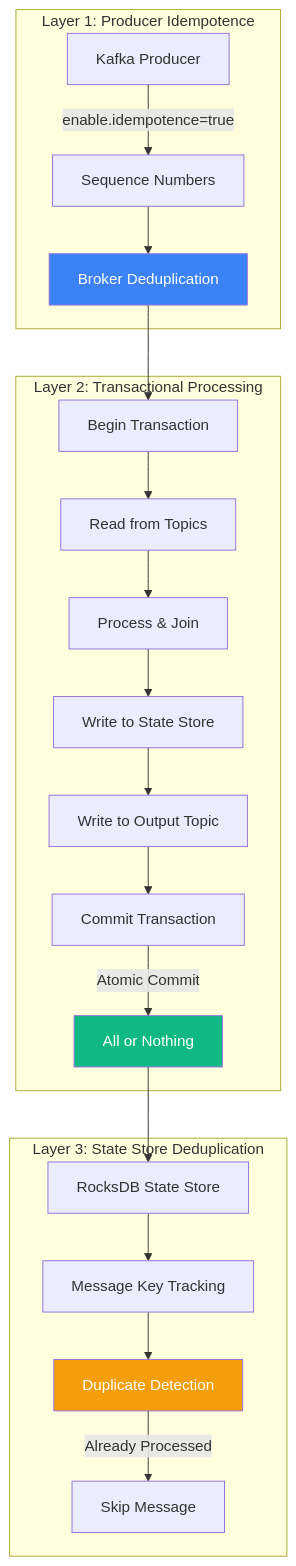
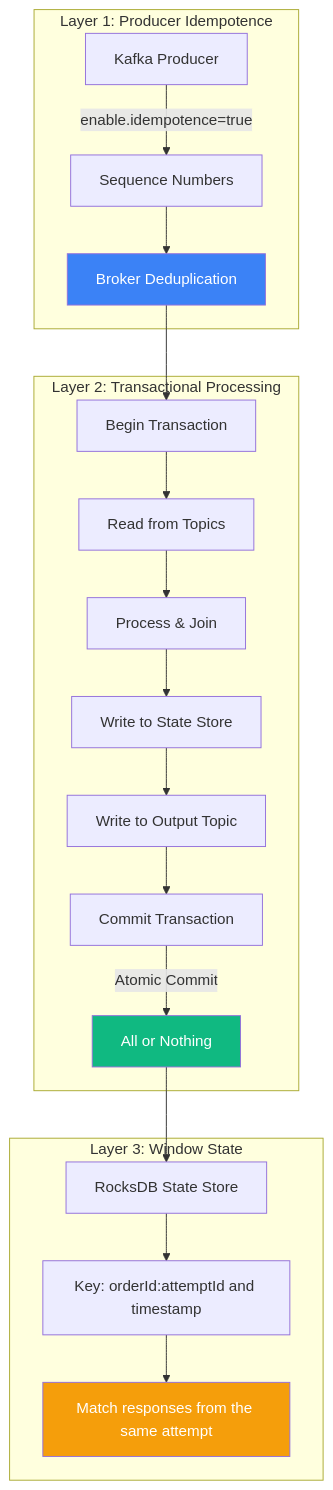
Before and after one commit to rajadilipkolli/spring-boot-microservices-series-v2: the first of 10 diagrams in order-service/docs/06-Saga-Confusion-Points-Clarified.md, drawn with Mermaid. The commit also changed other lines of this file and 51 other files, not shown here.

````diff
--- a/order-service/docs/06-Saga-Confusion-Points-Clarified.md
+++ b/order-service/docs/06-Saga-Confusion-Points-Clarified.md
@@ -34,29 +34,28 @@
 ```mermaid
 graph TB
     subgraph "Layer 1: Producer Idempotence"
         P1[Kafka Producer] --> |"enable.idempotence=true"| P2[Sequence Numbers]
         P2 --> P3[Broker Deduplication]
     end
     
     subgraph "Layer 2: Transactional Processing"
         T1[Begin Transaction] --> T2[Read from Topics]
         T2 --> T3[Process & Join]
         T3 --> T4[Write to State Store]
         T4 --> T5[Write to Output Topic]
         T5 --> T6[Commit Transaction]
         T6 --> |"Atomic Commit"| T7[All or Nothing]
     end
     
-    subgraph "Layer 3: State Store Deduplication"
-        S1[RocksDB State Store] --> S2[Message Key Tracking]
-        S2 --> S3[Duplicate Detection]
-        S3 --> |"Already Processed"| S4[Skip Message]
+    subgraph "Layer 3: Window State"
+        S1[RocksDB State Store] --> S2[Key: orderId:attemptId and timestamp]
+        S2 --> S3[Match responses from the same attempt]
     end
     
     P3 --> T1
     T7 --> S1
     
     style T7 fill:#10b981,color:#ffffff
     style P3 fill:#3b82f6,color:#ffffff
     style S3 fill:#f59e0b,color:#ffffff
 ```
````
